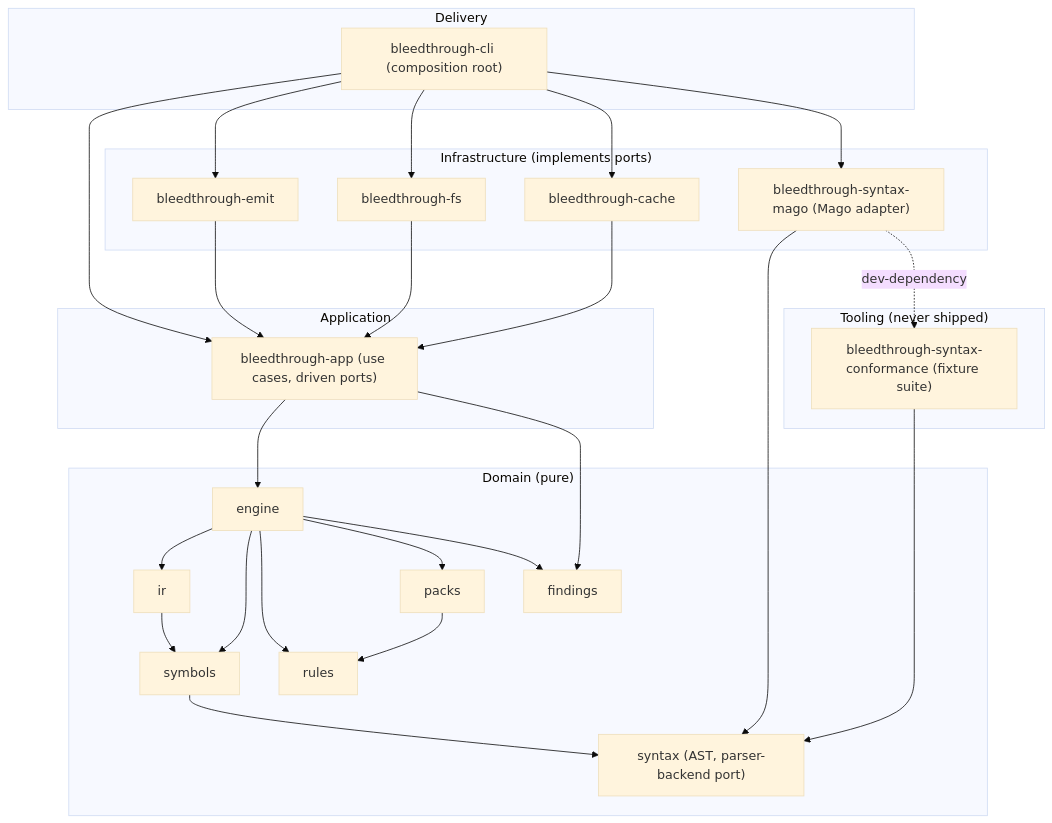
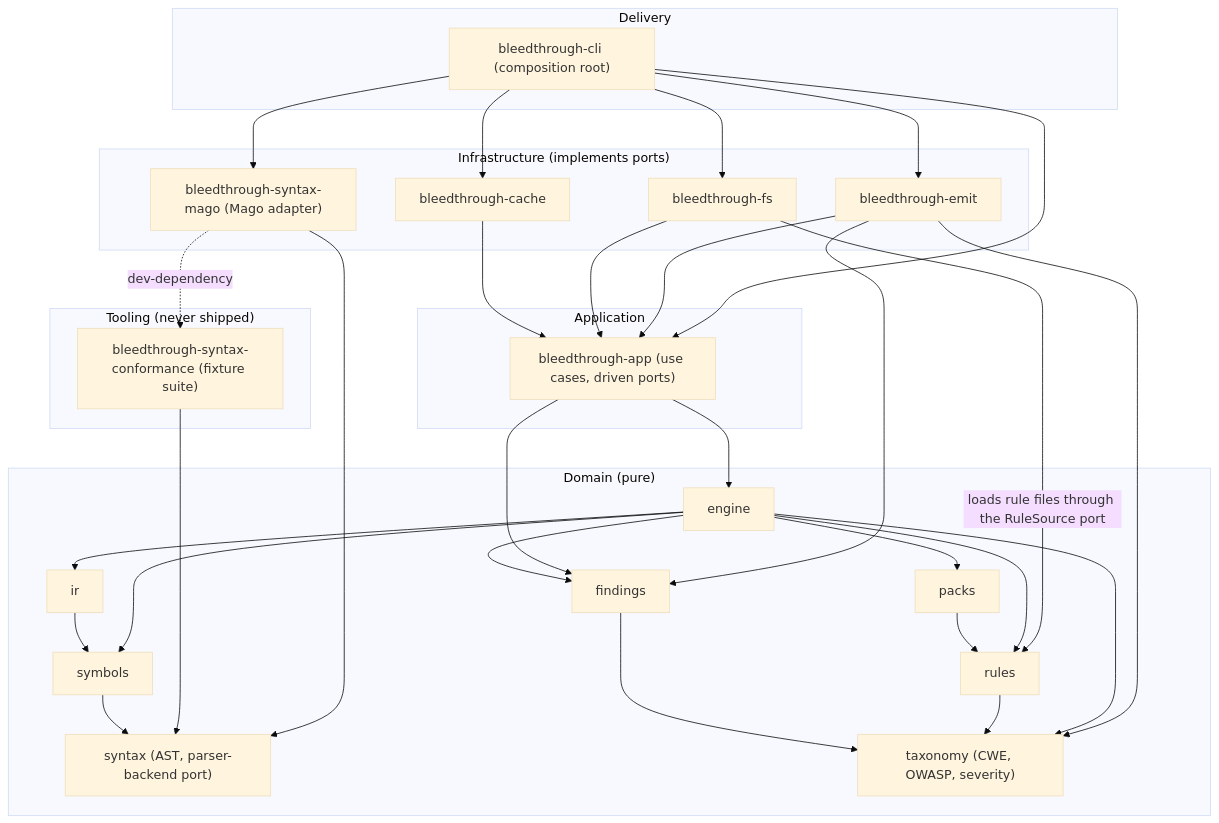
Before and after one commit to MisterIcy/bleedthrough: the diagram in docs/architecture.md, drawn with Mermaid (base theme). The commit also changed other lines of this file and 55 other files, not shown here.

Commit message:
Add taxonomy crate, severity scoring, rule schema and TOML rule loader

````diff
--- a/docs/architecture.md
+++ b/docs/architecture.md
@@ -8,48 +8,55 @@
 ```mermaid
 flowchart TB
   subgraph DELIVERY["Delivery"]
     cli["bleedthrough-cli (composition root)"]
   end
   subgraph INFRA["Infrastructure (implements ports)"]
     emit["bleedthrough-emit"]
     fs["bleedthrough-fs"]
     cache["bleedthrough-cache"]
     mago["bleedthrough-syntax-mago (Mago adapter)"]
   end
   subgraph TOOLING["Tooling (never shipped)"]
     conformance["bleedthrough-syntax-conformance (fixture suite)"]
   end
   subgraph APP["Application"]
     app["bleedthrough-app (use cases, driven ports)"]
   end
   subgraph DOMAIN["Domain (pure)"]
     engine["engine"]
     ir["ir"]
     symbols["symbols"]
     syntax["syntax (AST, parser-backend port)"]
     rules["rules"]
     packs["packs"]
     findings["findings"]
+    taxonomy["taxonomy (CWE, OWASP, severity)"]
   end
   cli --> app
   cli --> emit
   cli --> fs
   cli --> cache
   cli --> mago
   emit --> app
   fs --> app
+  fs -->|loads rule files through the RuleSource port| rules
+  emit --> findings
+  emit --> taxonomy
   cache --> app
   mago --> syntax
   mago -. dev-dependency .-> conformance
   conformance --> syntax
   app --> engine
   app --> findings
   engine --> ir
   engine --> symbols
   engine --> rules
   engine --> packs
   engine --> findings
+  engine --> taxonomy
+  rules --> taxonomy
+  findings --> taxonomy
   ir --> symbols
   symbols --> syntax
   packs --> rules
 ```
````
